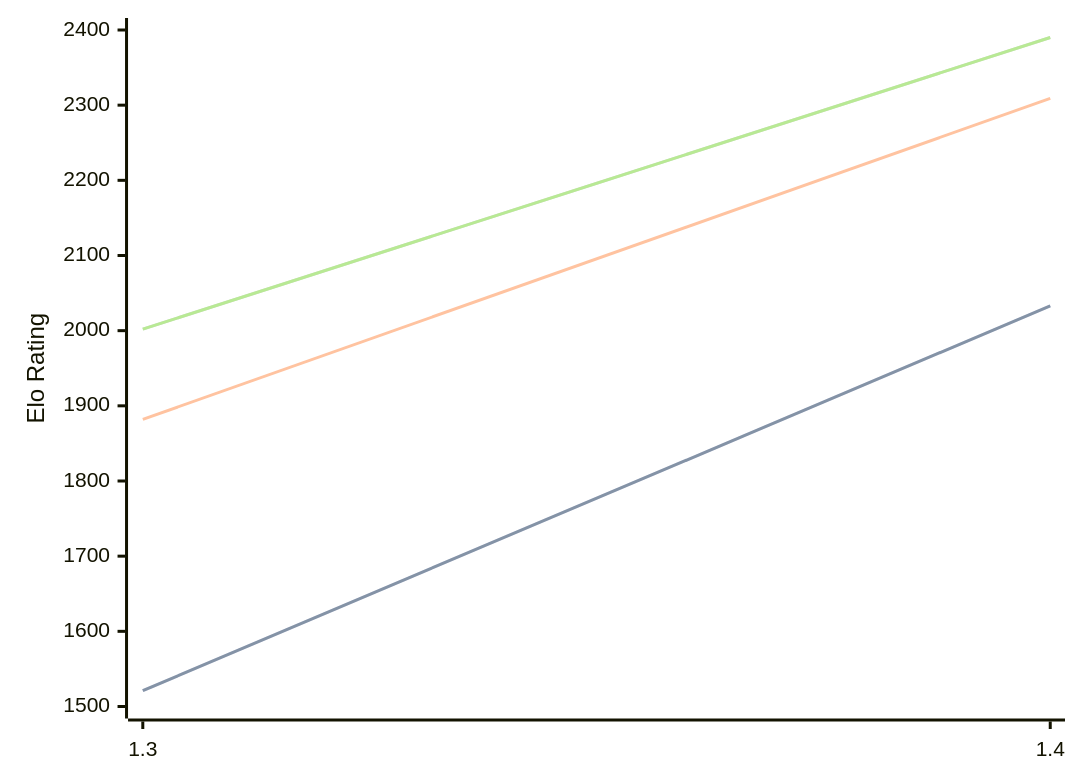
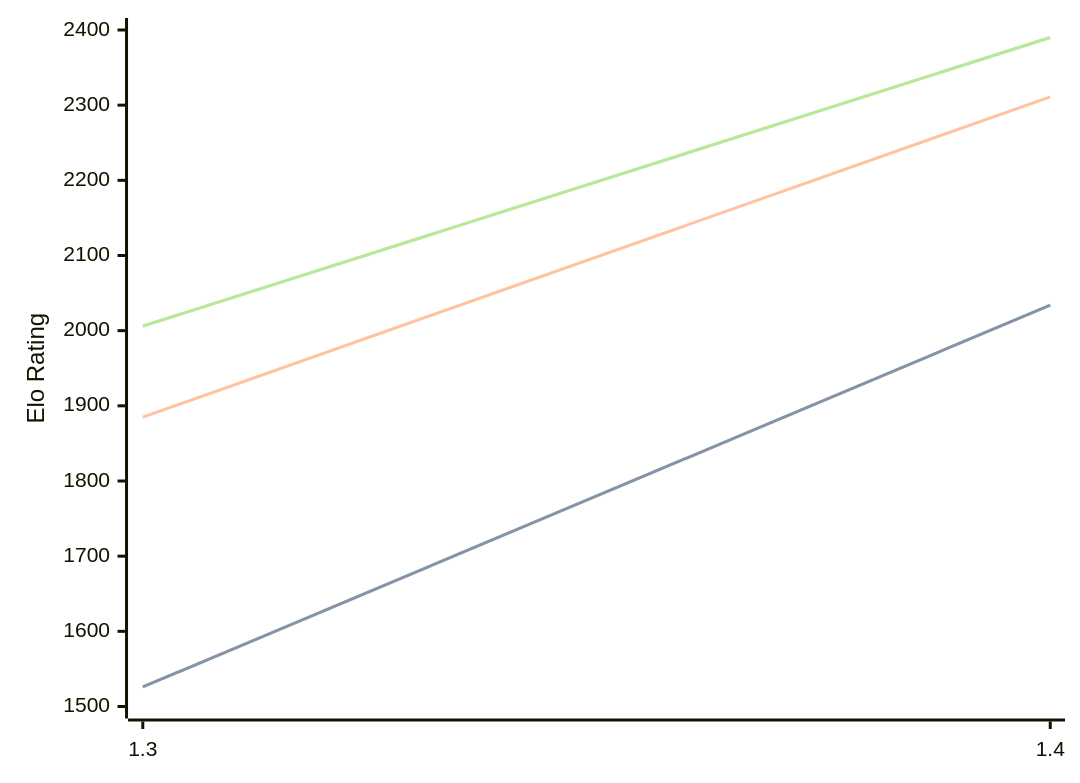
Before and after one commit to computer-chess-index/cci: the diagram in engines/Facon.md, drawn with Mermaid. The commit also changed other lines of this file, not shown here.

Commit message:
Update CCI Ratings (ELO VLTC) - 2026-04-30

````diff
--- a/engines/Facon.md
+++ b/engines/Facon.md
@@ -35,11 +35,11 @@
 ```mermaid
 %%{init: {"theme":"base","themeVariables":{"seriesColors:['#a3a3a3','#222221','#faa371']}}}%%
 xychart-beta
   x-axis ["1.3", "1.4"]
   y-axis "Elo Rating" 1500 --> 2400
-  line "STC (8.0+0.08s)" [1521, 2033]
-  line "STC (8.0+0.08s)" [1521, 2033]
-  line "LTC (60.0+0.60s)" [1882, 2309]
-  line "VLTC (2m24s+1.12s)" [2002, 2390]
-  line "VLTC (2m24s+1.12s)" [2002, 2390]
+  line "STC (8.0+0.08s)" [1526, 2034]
+  line "STC (8.0+0.08s)" [1526, 2034]
+  line "LTC (60.0+0.60s)" [1885, 2311]
+  line "VLTC (2m24s+1.12s)" [2006, 2390]
+  line "VLTC (2m24s+1.12s)" [2006, 2390]
 ```
````
